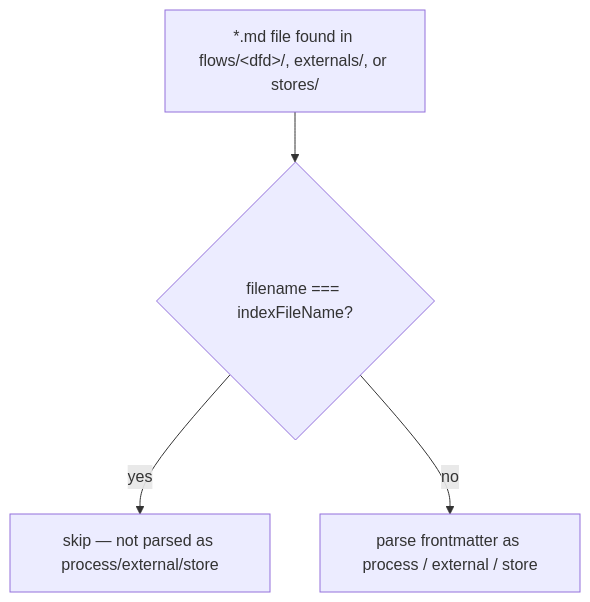
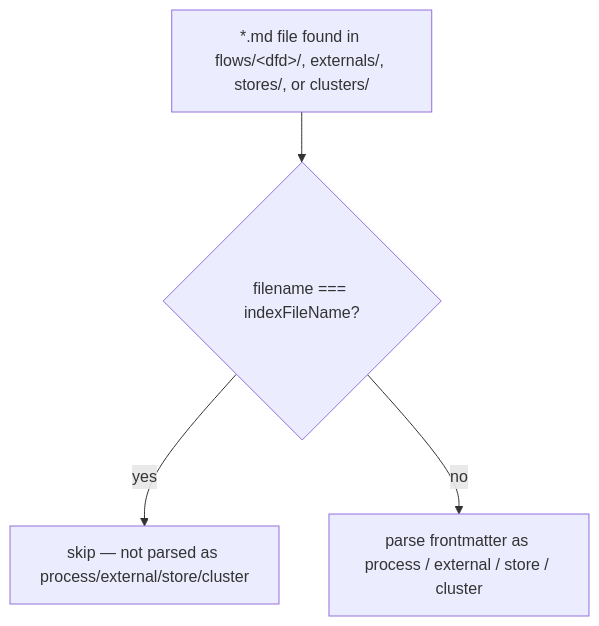
Before and after one commit to noormdev/ignatius: the second of 7 diagrams in docs/wiki/flows.md, drawn with Mermaid. The commit also changed other lines of this file and 128 other files, not shown here.

````diff
--- a/docs/wiki/flows.md
+++ b/docs/wiki/flows.md
@@ -31,6 +34,6 @@
 ```mermaid
 flowchart TD
-    A["*.md file found in flows/&lt;dfd&gt;/, externals/, or stores/"] --> B{"filename === indexFileName?"}
-    B -->|yes| C[skip — not parsed as process/external/store]
-    B -->|no| D[parse frontmatter as process / external / store]
+    A["*.md file found in flows/&lt;dfd&gt;/, externals/, stores/, or clusters/"] --> B{"filename === indexFileName?"}
+    B -->|yes| C[skip — not parsed as process/external/store/cluster]
+    B -->|no| D[parse frontmatter as process / external / store / cluster]
 ```
````
